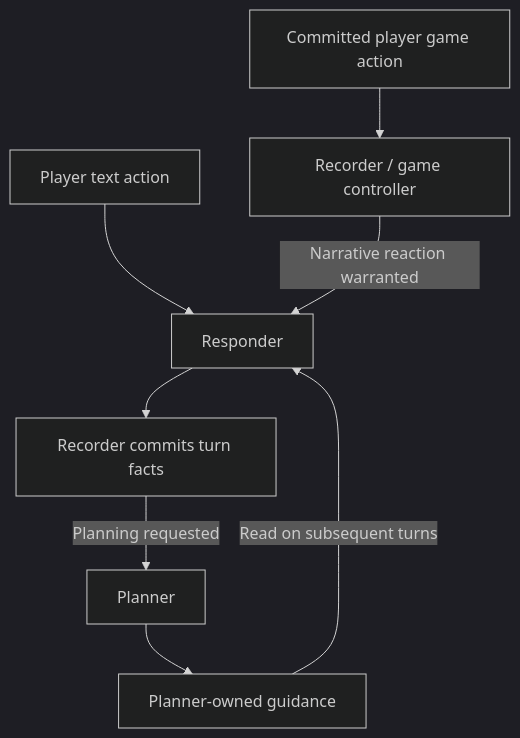
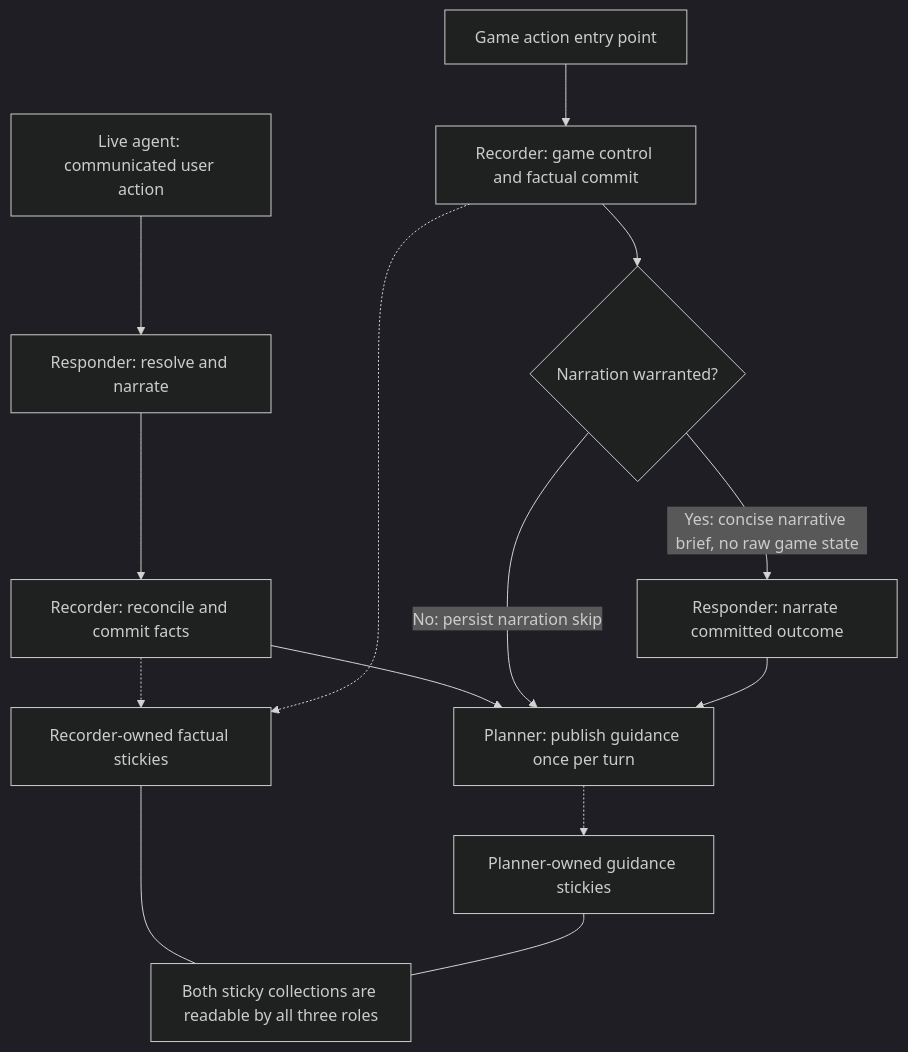
Before and after one commit to siddtheshah/narratron-buddy: the diagram in tools/story/adr/adr-001-recorder-planner-responder.md, drawn with Mermaid (dark theme). The commit also changed other lines of this file and 26 other files, not shown here.

````diff
--- a/tools/story/adr/adr-001-recorder-planner-responder.md
+++ b/tools/story/adr/adr-001-recorder-planner-responder.md
@@ -81,10 +111,18 @@
 ```mermaid
 flowchart TD
-    T[Player text action] --> S[Responder]
-    G[Committed player game action] --> R[Recorder / game controller]
-    R -->|Narrative reaction warranted| S
-    S --> C[Recorder commits turn facts]
-    C -->|Planning requested| P[Planner]
-    P --> N[Planner-owned guidance]
-    N -->|Read on subsequent turns| S
+    T[Live agent: communicated user action] --> S1[Responder: resolve and narrate]
+    S1 --> R1[Recorder: reconcile and commit facts]
+    R1 --> P[Planner: publish guidance once per turn]
+
+    G[Game action entry point] --> R2[Recorder: game control and factual commit]
+    R2 --> D{Narration warranted?}
+    D -->|Yes: concise narrative brief, no raw game state| S2[Responder: narrate committed outcome]
+    D -->|No: persist narration skip| P
+    S2 --> P
+
+    R1 -.-> F[Recorder-owned factual stickies]
+    R2 -.-> F
+    P -.-> N[Planner-owned guidance stickies]
+    F --- C[Both sticky collections are readable by all three roles]
+    N --- C
 ```
````
